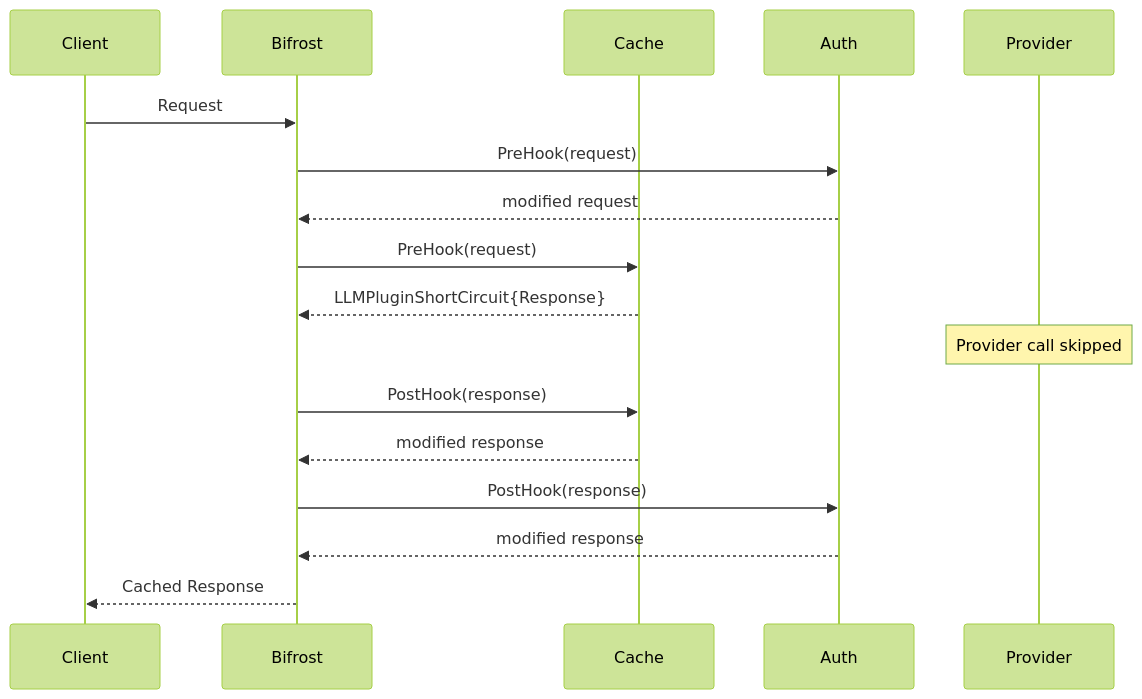
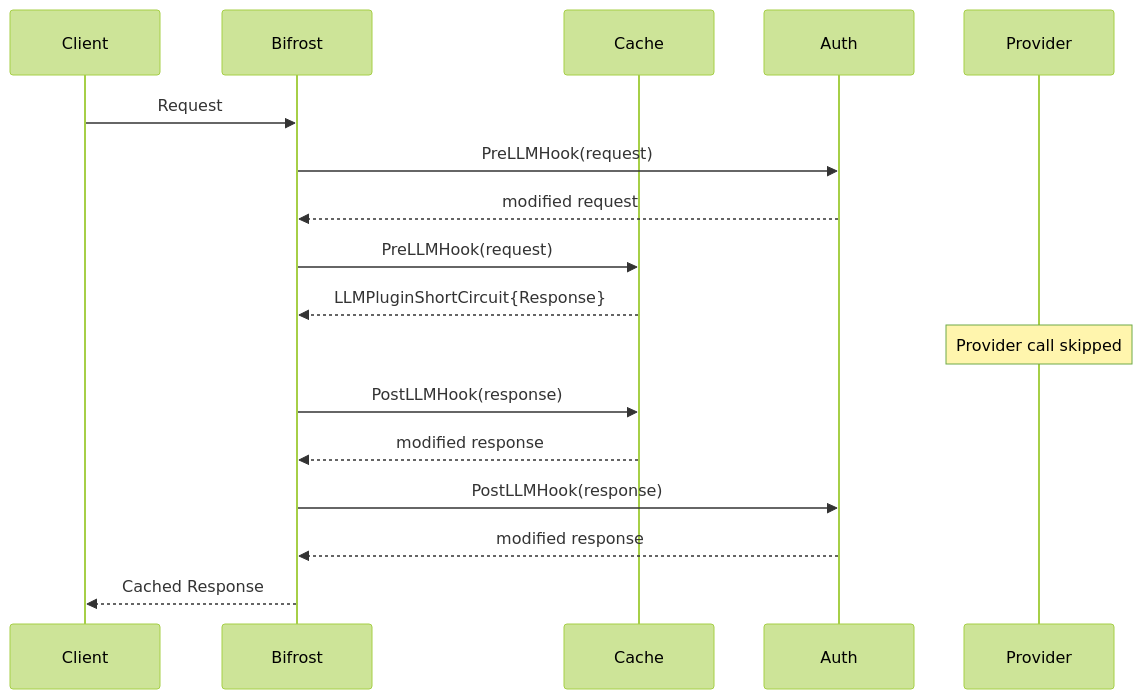
Before and after one commit to maximhq/bifrost: the fourth of 10 diagrams in docs/architecture/core/plugins.mdx, drawn with Mermaid (forest theme). The commit also changed other lines of this file and 62 other files, not shown here.

````diff
--- a/docs/architecture/core/plugins.mdx
+++ b/docs/architecture/core/plugins.mdx
@@ -172,20 +172,20 @@
 ```mermaid
 sequenceDiagram
     participant Client
     participant Bifrost
     participant Cache
     participant Auth
     participant Provider
 
     Client->>Bifrost: Request
-    Bifrost->>Auth: PreHook(request)
+    Bifrost->>Auth: PreLLMHook(request)
     Auth-->>Bifrost: modified request
-    Bifrost->>Cache: PreHook(request)
+    Bifrost->>Cache: PreLLMHook(request)
     Cache-->>Bifrost: LLMPluginShortCircuit{Response}
     Note over Provider: Provider call skipped
-    Bifrost->>Cache: PostHook(response)
+    Bifrost->>Cache: PostLLMHook(response)
     Cache-->>Bifrost: modified response
-    Bifrost->>Auth: PostHook(response)
+    Bifrost->>Auth: PostLLMHook(response)
     Auth-->>Bifrost: modified response
     Bifrost-->>Client: Cached Response
 ```
````
